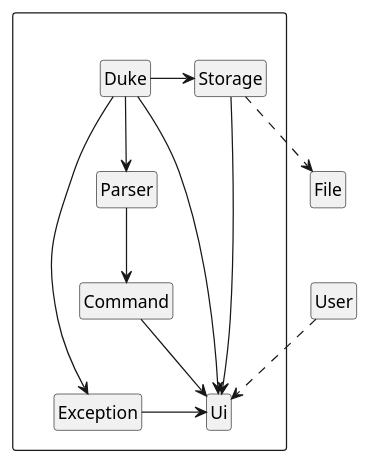
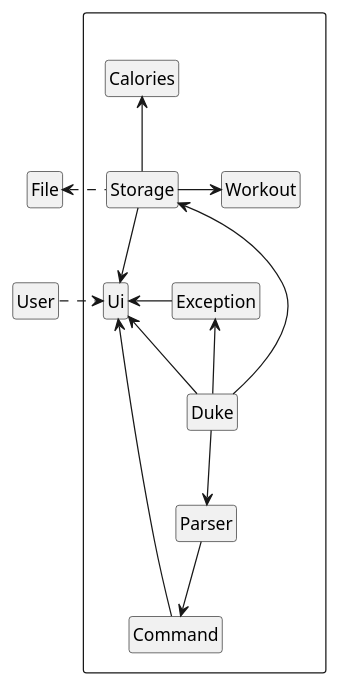
One commit to nus-cs2113-AY2223S2/tp changed the diagram in docs/diagrams/ArchitectureDiagram.puml. Above: the diagram before and after it, drawn with PlantUML. The commit also changed 15 other files, not shown here.

```diff
--- a/docs/diagrams/ArchitectureDiagram.puml
+++ b/docs/diagrams/ArchitectureDiagram.puml
@@ -1,32 +1,38 @@
 @startuml
 skinparam classAttributeIconSize 0
 hide footbox
 hide members
 hide circle
 
 Package " "<<Rectangle>>{
     class Ui
     class Storage
     class Parser
     class Exception
     class Command
     class Duke
+    class Calories
+    class Workout
 }
 
-User ..> Ui
+User .right.> Ui
 
 
 Duke -left-> Storage
 Duke --> Parser
 Duke -up-> Ui
 Duke -up-> Exception
 
 Parser --> Command
 
 Command --> Ui
 Exception -up> Ui
+
+Storage -up-> Calories
+Storage -right-> Workout
+
 Storage --> Ui
 
-Storage ..> File
+Storage .left.> File
 
 @enduml
```
